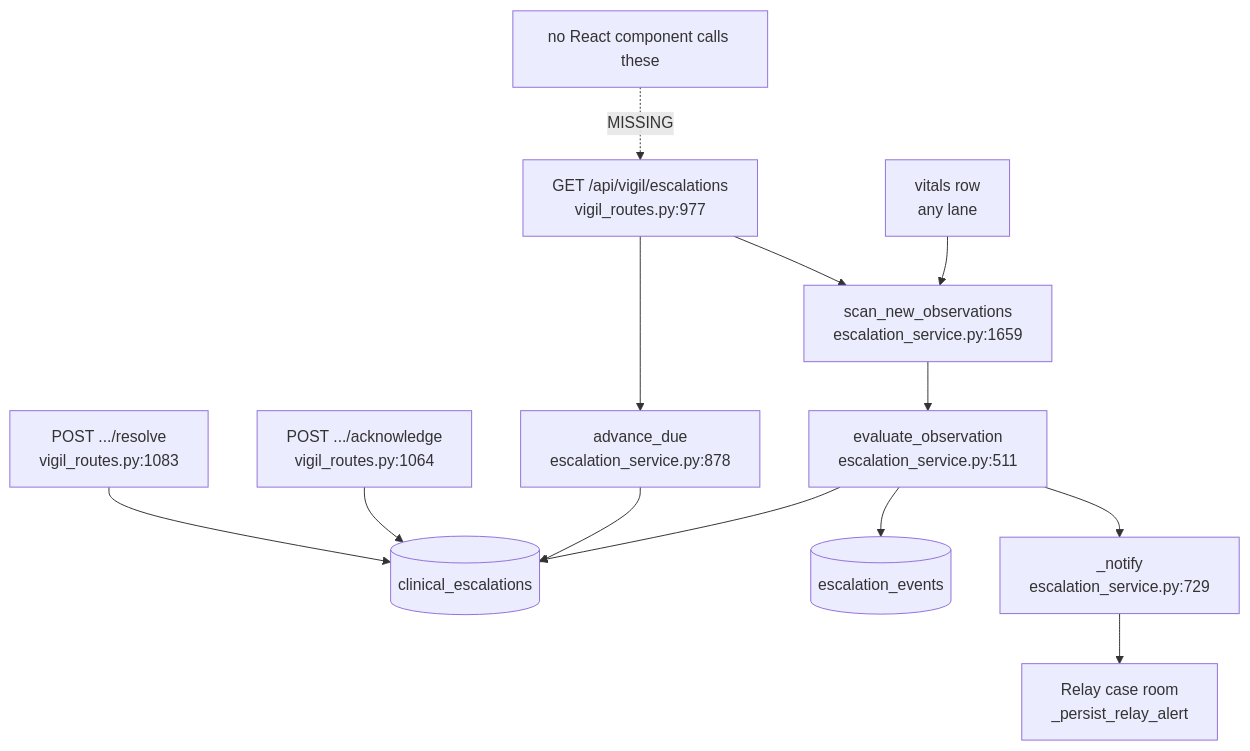
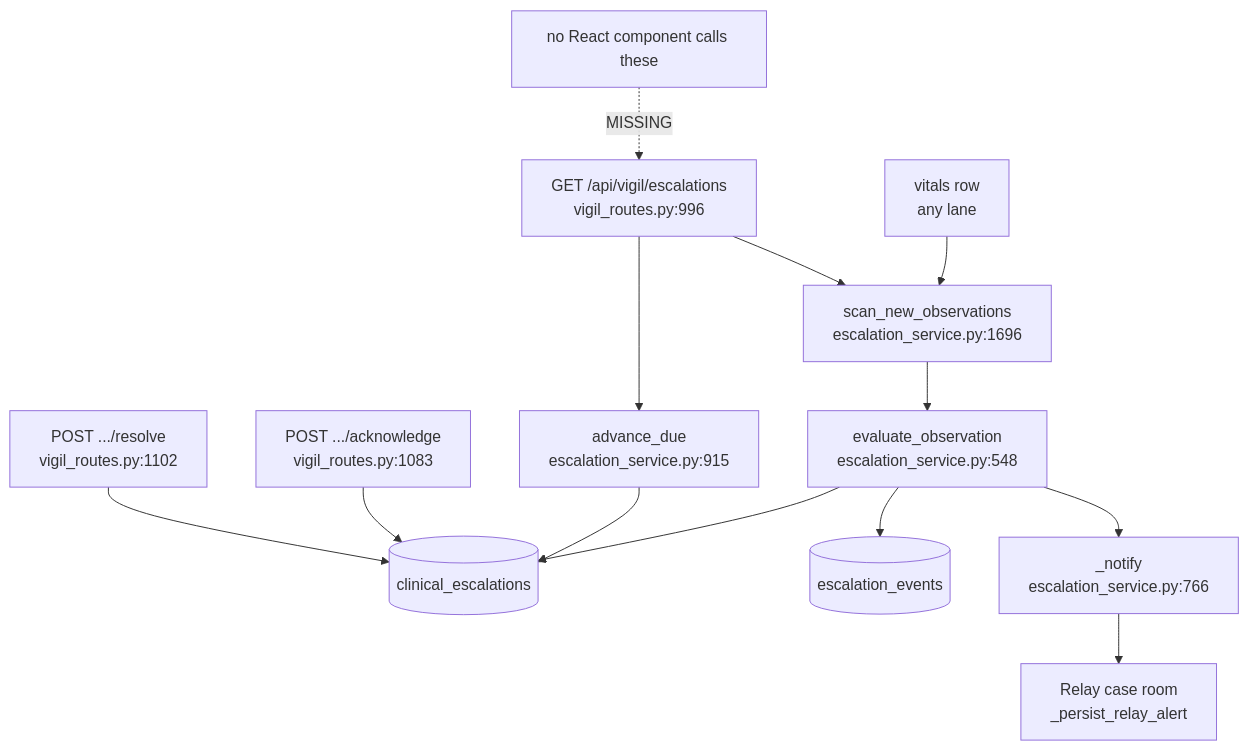
Before and after one commit to samuelmorningstar23/Orb: the first of 2 diagrams in docs/guide/32-escalation-chain.md, drawn with Mermaid. The commit also changed other lines of this file and 151 other files, not shown here.

````diff
--- a/docs/guide/32-escalation-chain.md
+++ b/docs/guide/32-escalation-chain.md
@@ -30,15 +30,15 @@
 ```mermaid
 graph TD
-  V[vitals row<br/>any lane] --> SCAN[scan_new_observations<br/>escalation_service.py:1659]
-  SCAN --> EVAL[evaluate_observation<br/>escalation_service.py:511]
+  V[vitals row<br/>any lane] --> SCAN[scan_new_observations<br/>escalation_service.py:1696]
+  SCAN --> EVAL[evaluate_observation<br/>escalation_service.py:548]
   EVAL --> CE[(clinical_escalations)]
   EVAL --> EV[(escalation_events)]
-  EVAL --> NOTIFY[_notify<br/>escalation_service.py:729]
+  EVAL --> NOTIFY[_notify<br/>escalation_service.py:766]
   NOTIFY --> RELAY[Relay case room<br/>_persist_relay_alert]
-  CLOCK[advance_due<br/>escalation_service.py:878] --> CE
-  READ[GET /api/vigil/escalations<br/>vigil_routes.py:977] --> CLOCK
+  CLOCK[advance_due<br/>escalation_service.py:915] --> CE
+  READ[GET /api/vigil/escalations<br/>vigil_routes.py:996] --> CLOCK
   READ --> SCAN
-  ACK[POST .../acknowledge<br/>vigil_routes.py:1064] --> CE
-  RES[POST .../resolve<br/>vigil_routes.py:1083] --> CE
+  ACK[POST .../acknowledge<br/>vigil_routes.py:1083] --> CE
+  RES[POST .../resolve<br/>vigil_routes.py:1102] --> CE
   UI[no React component calls these] -.->|MISSING| READ
 ```
````
